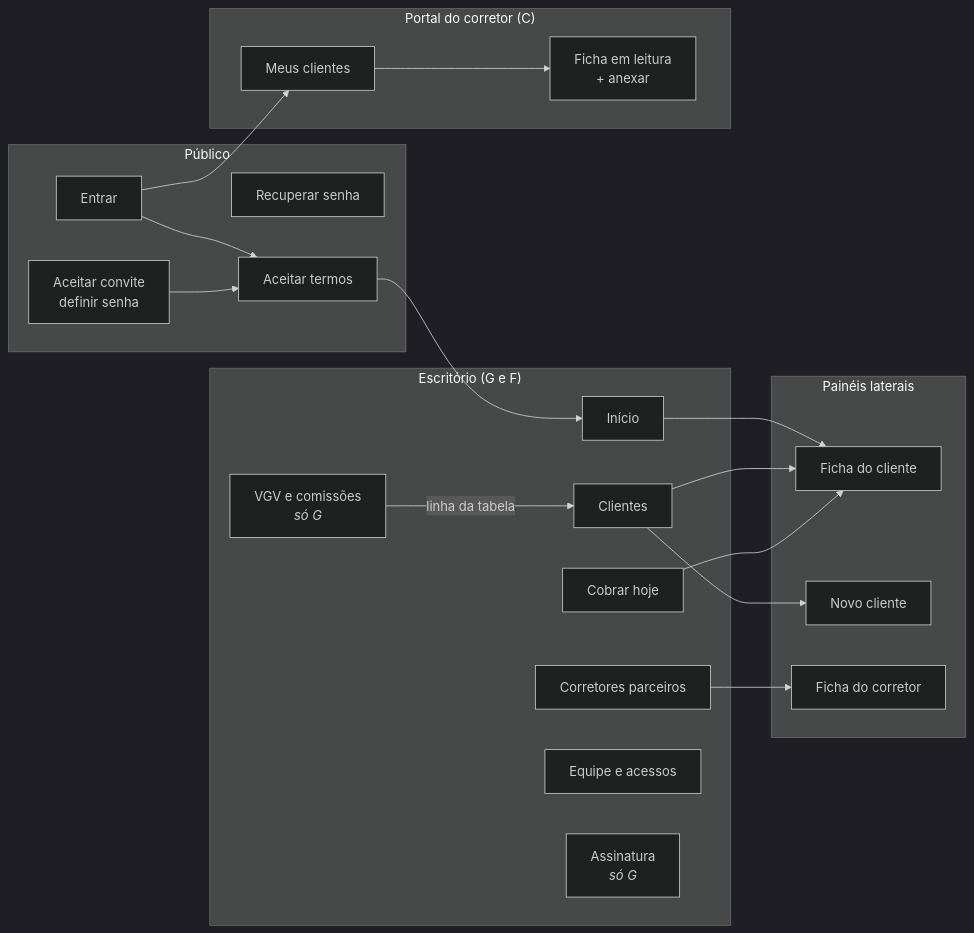
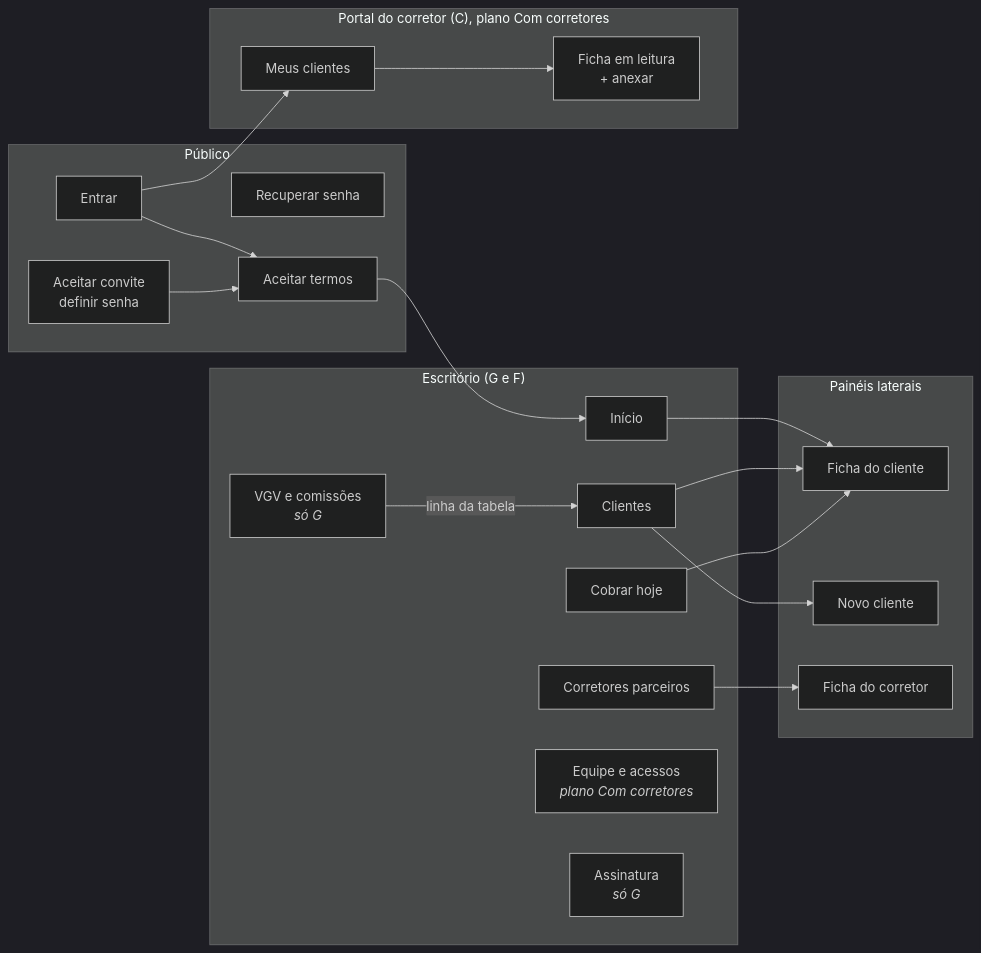
The second of 5 diagrams in docs/FLUXOS.md (77mdias/central-do-correspondente), drawn with Mermaid (dark theme) before and after one commit. The commit also changed other lines of this file and 7 other files, not shown here.

Commit message:
docs: dois planos de assinatura (Simples R$ 99 e Com corretores R$ 149)

````diff
--- a/docs/FLUXOS.md
+++ b/docs/FLUXOS.md
@@ -38,41 +38,41 @@
 ```mermaid
 flowchart LR
     subgraph Público
         LOGIN[Entrar]
         REC[Recuperar senha]
         CONV[Aceitar convite<br/>definir senha]
         TERMOS[Aceitar termos]
     end
 
     subgraph Escritório["Escritório (G e F)"]
         INI[Início]
         CLI[Clientes]
         COBH[Cobrar hoje]
         COR[Corretores parceiros]
         VGV[VGV e comissões<br/><i>só G</i>]
-        EQ[Equipe e acessos]
+        EQ[Equipe e acessos<br/><i>plano Com corretores</i>]
         ASS[Assinatura<br/><i>só G</i>]
     end
 
     subgraph Paineis["Painéis laterais"]
         FICHA[Ficha do cliente]
         NOVO[Novo cliente]
         FCOR[Ficha do corretor]
     end
 
-    subgraph Portal["Portal do corretor (C)"]
+    subgraph Portal["Portal do corretor (C), plano Com corretores"]
         MEUS[Meus clientes]
         FLEIT[Ficha em leitura<br/>+ anexar]
     end
 
     LOGIN --> TERMOS --> INI
     LOGIN --> MEUS
     CONV --> TERMOS
     INI --> FICHA
     CLI --> FICHA
     COBH --> FICHA
     CLI --> NOVO
     COR --> FCOR
     VGV -- linha da tabela --> CLI
     MEUS --> FLEIT
 ```
````
